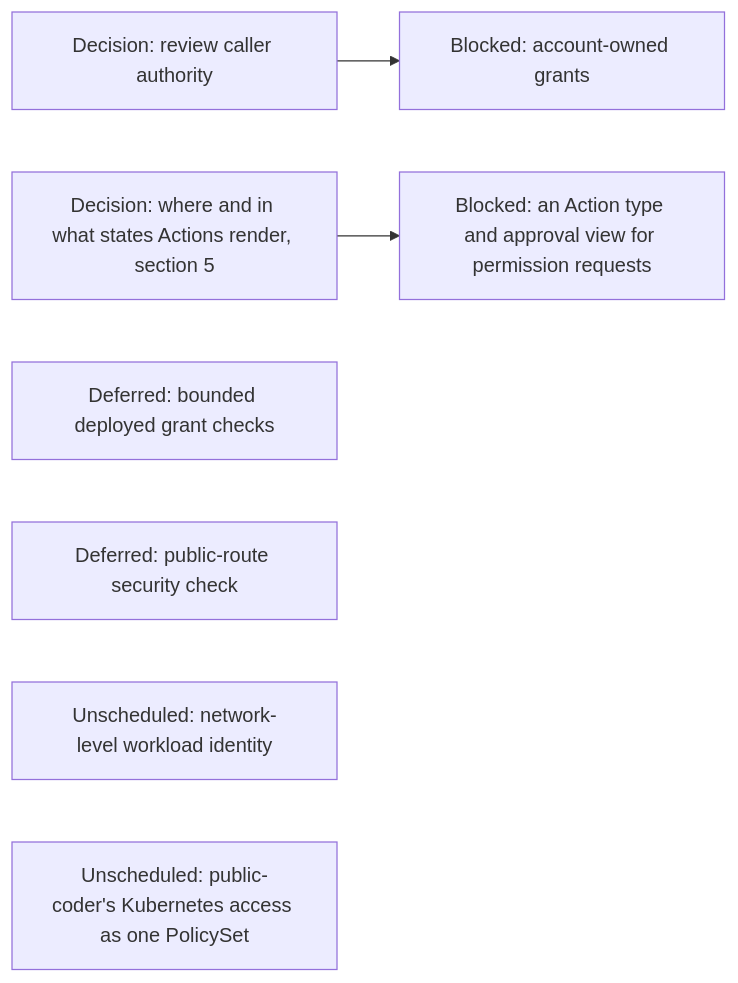
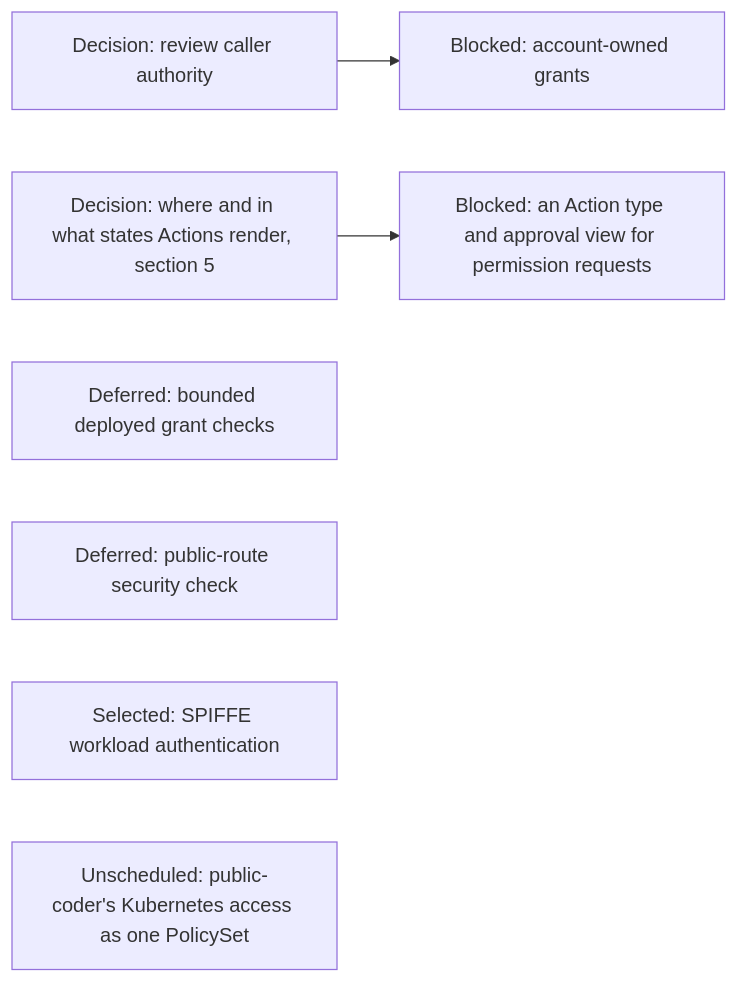
Before and after one commit to agentydragon/ducktape: the seventh of 18 diagrams in agentplane/plans/task_dag.md, drawn with Mermaid. The commit also changed other lines of this file and 3 other files, not shown here.

````diff
--- a/agentplane/plans/task_dag.md
+++ b/agentplane/plans/task_dag.md
@@ -1436,11 +1444,11 @@
 ```mermaid
 flowchart LR
     CLAUDE_AI_SA[Decision: review caller authority] --> MANAGED_SA_RBAC[Blocked: account-owned grants]
     AGENT_PERMISSION_REQUESTS[Blocked: an Action type and approval view for permission requests]
     ACTION_SURFACES_DESIGN[Decision: where and in what states Actions render, section 5]
     ACTION_SURFACES_DESIGN --> AGENT_PERMISSION_REQUESTS
     SANDBOX_RBAC[Deferred: bounded deployed grant checks]
     NOTIFICATION_INGRESS_BOUNDARY[Deferred: public-route security check]
-    NETWORK_WORKLOAD_IDENTITY[Unscheduled: network-level workload identity]
+    NETWORK_WORKLOAD_IDENTITY[Selected: SPIFFE workload authentication]
     PC_KUBERNETES_POLICY_SET[Unscheduled: public-coder's Kubernetes access as one PolicySet]
 ```
````
